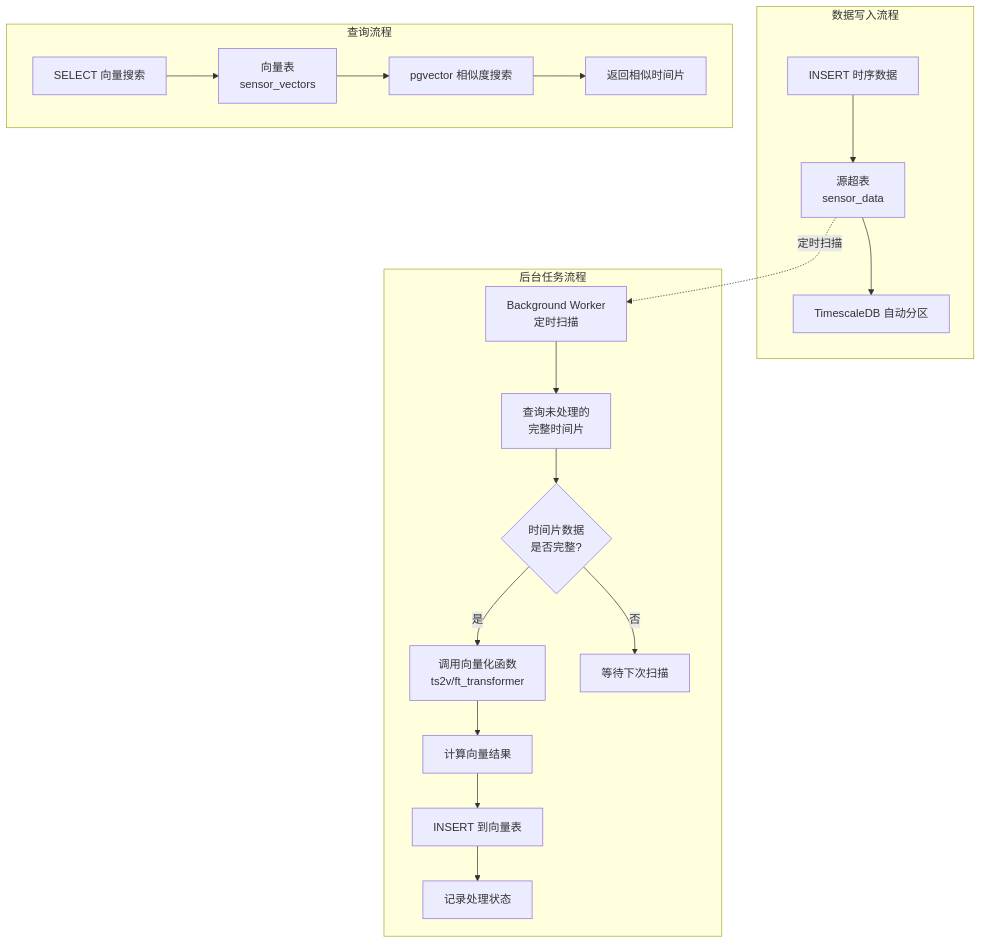
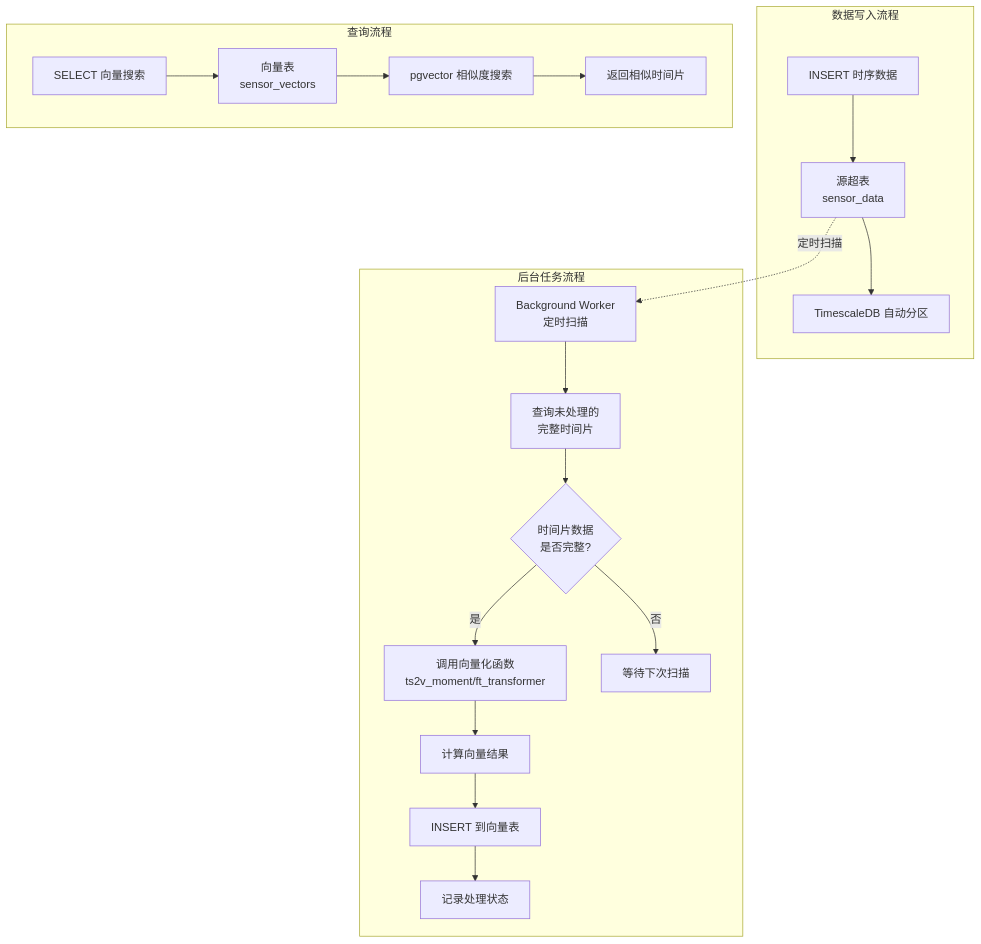
Before and after one commit to ZhongChaoqiang/postgres: the diagram in doc/predict/timeseries_vector_design.md, drawn with Mermaid. The commit also changed other lines of this file and 3 other files, not shown here.

````diff
--- a/doc/predict/timeseries_vector_design.md
+++ b/doc/predict/timeseries_vector_design.md
@@ -120,25 +120,25 @@
 ```mermaid
 graph TB
     subgraph "数据写入流程"
         A[INSERT 时序数据] --> B[源超表<br/>sensor_data]
         B --> C[TimescaleDB 自动分区]
     end
 
     subgraph "后台任务流程"
         D[Background Worker<br/>定时扫描] --> E[查询未处理的<br/>完整时间片]
         E --> F{时间片数据<br/>是否完整?}
-        F -->|是| G[调用向量化函数<br/>ts2v/ft_transformer]
+        F -->|是| G[调用向量化函数<br/>ts2v_moment/ft_transformer]
         G --> H[计算向量结果]
         H --> I[INSERT 到向量表]
         F -->|否| J[等待下次扫描]
         I --> K[记录处理状态]
     end
 
     subgraph "查询流程"
         L[SELECT 向量搜索] --> M[向量表<br/>sensor_vectors]
         M --> N[pgvector 相似度搜索]
         N --> O[返回相似时间片]
     end
 
     B -.->|定时扫描| D
 ```
````
